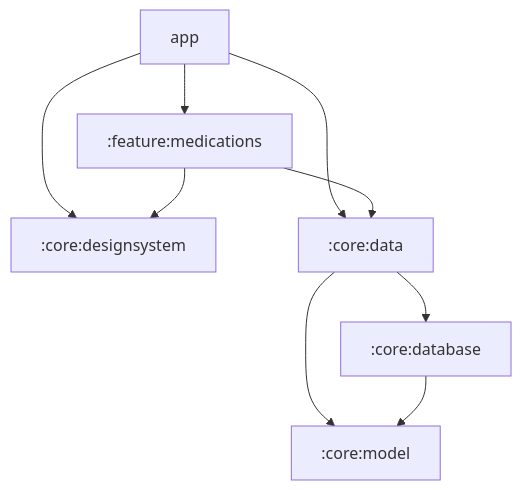
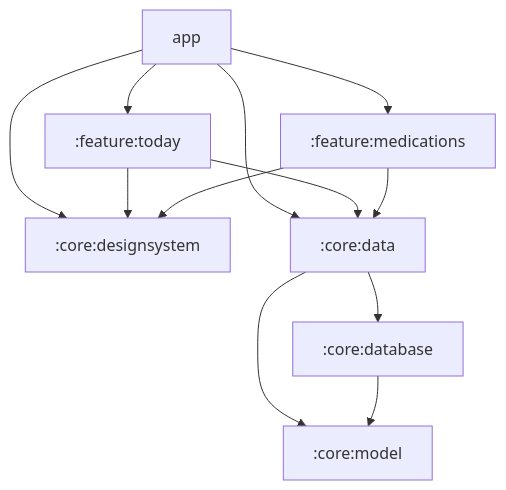
One commit to Sravanthipanga/kairo-android changed the diagram in README.md. Above: the diagram before and after it, drawn with Mermaid. The commit also changed other lines of this file and 35 other files, not shown here.

````diff
--- a/README.md
+++ b/README.md
@@ -31,11 +31,14 @@
 ```mermaid
 graph TD
+    app --> feature_today[":feature:today"]
     app --> feature_medications[":feature:medications"]
     app --> core_designsystem[":core:designsystem"]
     app --> core_data[":core:data"]
+    feature_today --> core_data
+    feature_today --> core_designsystem
     feature_medications --> core_data
     feature_medications --> core_designsystem
     core_data --> core_database[":core:database"]
     core_data --> core_model[":core:model"]
     core_database --> core_model
 ```
````
